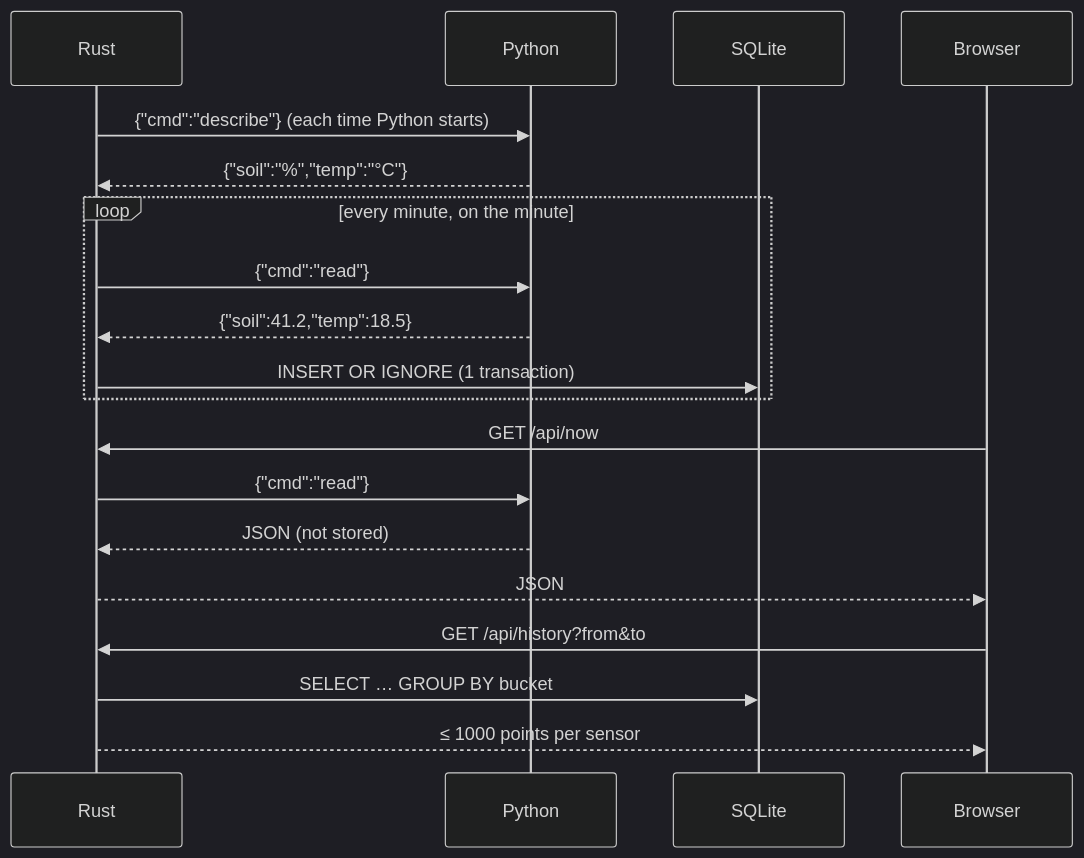
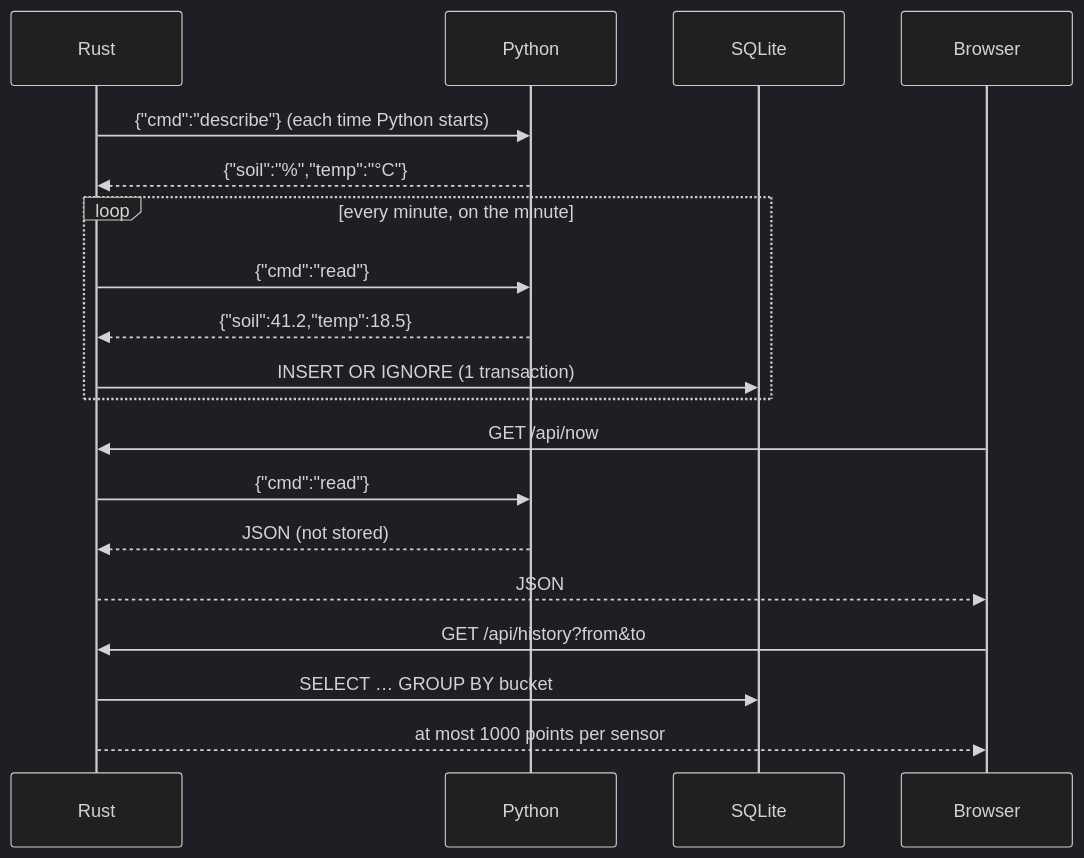
Before and after one commit to JacobMcnelly/Garden_Project_GEAR2026-27: the second of 2 diagrams in ARCHITECTURE.md, drawn with Mermaid (dark theme). The commit also changed other lines of this file and 5 other files, not shown here.

````diff
--- a/ARCHITECTURE.md
+++ b/ARCHITECTURE.md
@@ -48,17 +49,17 @@
 ```mermaid
 sequenceDiagram
     Rust->>Python: {"cmd":"describe"} (each time Python starts)
     Python-->>Rust: {"soil":"%","temp":"°C"}
     loop every minute, on the minute
         Rust->>Python: {"cmd":"read"}
         Python-->>Rust: {"soil":41.2,"temp":18.5}
         Rust->>SQLite: INSERT OR IGNORE (1 transaction)
     end
     Browser->>Rust: GET /api/now
     Rust->>Python: {"cmd":"read"}
     Python-->>Rust: JSON (not stored)
     Rust-->>Browser: JSON
     Browser->>Rust: GET /api/history?from&to
     Rust->>SQLite: SELECT … GROUP BY bucket
-    Rust-->>Browser: ≤ 1000 points per sensor
+    Rust-->>Browser: at most 1000 points per sensor
 ```
````
